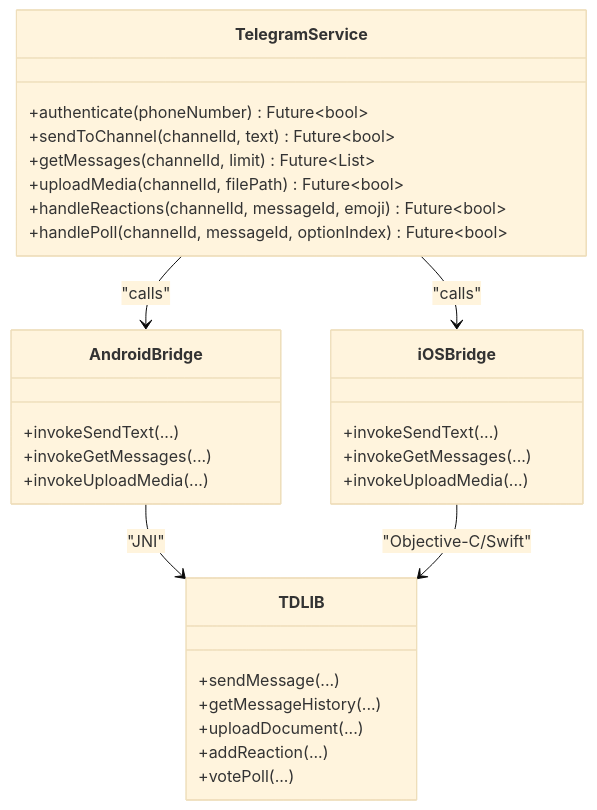
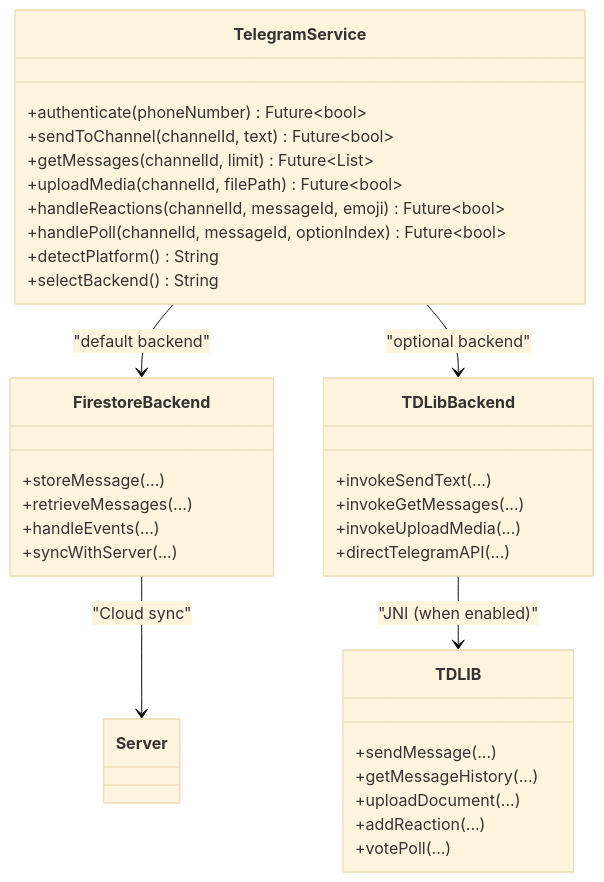
One commit to raihom-netizen/com.gestaoyahwehios.app changed the sixth of 10 diagrams in .qoder/repowiki/en/content/Chat System/Telegram Integration (TDLIB).md. Above: the diagram before and after it, drawn with Mermaid (base theme). The commit also changed other lines of this file and 161 other files, not shown here.

````diff
--- a/.qoder/repowiki/en/content/Chat System/Telegram Integration (TDLIB).md
+++ b/.qoder/repowiki/en/content/Chat System/Telegram Integration (TDLIB).md
@@ -343,32 +408,36 @@
 ```mermaid
 classDiagram
 class TelegramService {
 +authenticate(phoneNumber) Future~bool~
 +sendToChannel(channelId, text) Future~bool~
 +getMessages(channelId, limit) Future~List~
 +uploadMedia(channelId, filePath) Future~bool~
 +handleReactions(channelId, messageId, emoji) Future~bool~
 +handlePoll(channelId, messageId, optionIndex) Future~bool~
++detectPlatform() String
++selectBackend() String
 }
-class AndroidBridge {
+class FirestoreBackend {
++storeMessage(...)
++retrieveMessages(...)
++handleEvents(...)
++syncWithServer(...)
+}
+class TDLibBackend {
 +invokeSendText(...)
 +invokeGetMessages(...)
 +invokeUploadMedia(...)
-}
-class iOSBridge {
-+invokeSendText(...)
-+invokeGetMessages(...)
-+invokeUploadMedia(...)
++directTelegramAPI(...)
 }
 class TDLIB {
 +sendMessage(...)
 +getMessageHistory(...)
 +uploadDocument(...)
 +addReaction(...)
 +votePoll(...)
 }
-TelegramService --> AndroidBridge : "calls"
-TelegramService --> iOSBridge : "calls"
-AndroidBridge --> TDLIB : "JNI"
-iOSBridge --> TDLIB : "Objective-C/Swift"
+TelegramService --> FirestoreBackend : "default backend"
+TelegramService --> TDLibBackend : "optional backend"
+TDLibBackend --> TDLIB : "JNI (when enabled)"
+FirestoreBackend --> Server : "Cloud sync"
 ```
````
